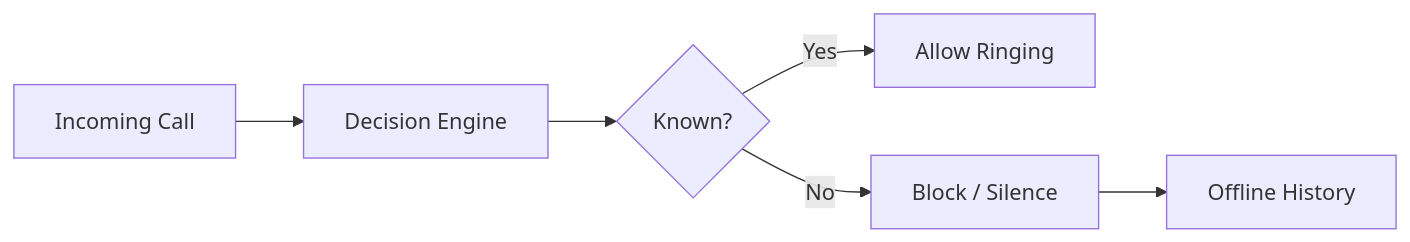
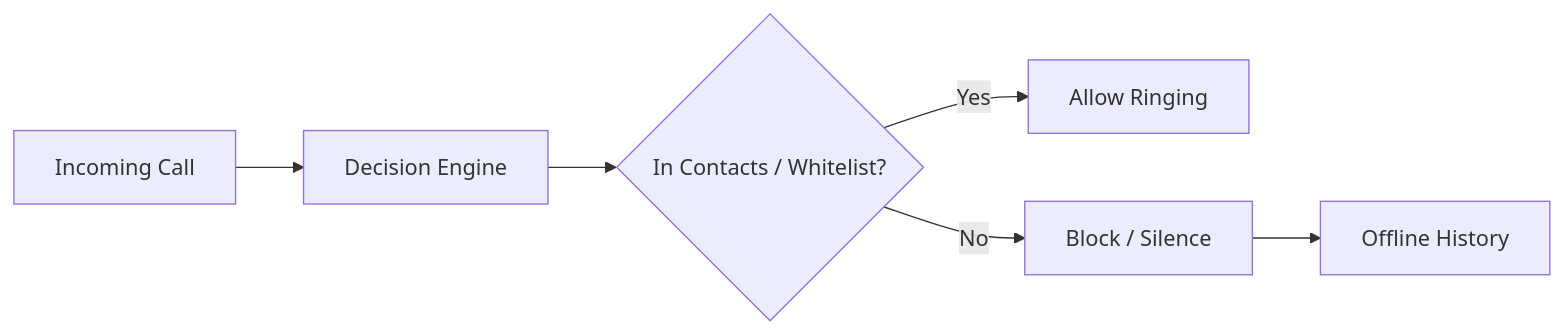
One commit to ricardosierra/sentinela changed the diagram in README.en.md. Above: the diagram before and after it, drawn with Mermaid. The commit also changed other lines of this file and 145 other files, not shown here.

````diff
--- a/README.en.md
+++ b/README.en.md
@@ -44,8 +44,8 @@
 ```mermaid
 graph LR
     A[Incoming Call] --> B[Decision Engine]
-    B --> C{Known?}
+    B --> C{In Contacts / Whitelist?}
     C -->|Yes| D[Allow Ringing]
     C -->|No| E[Block / Silence]
     E --> F[Offline History]
 ```
````
